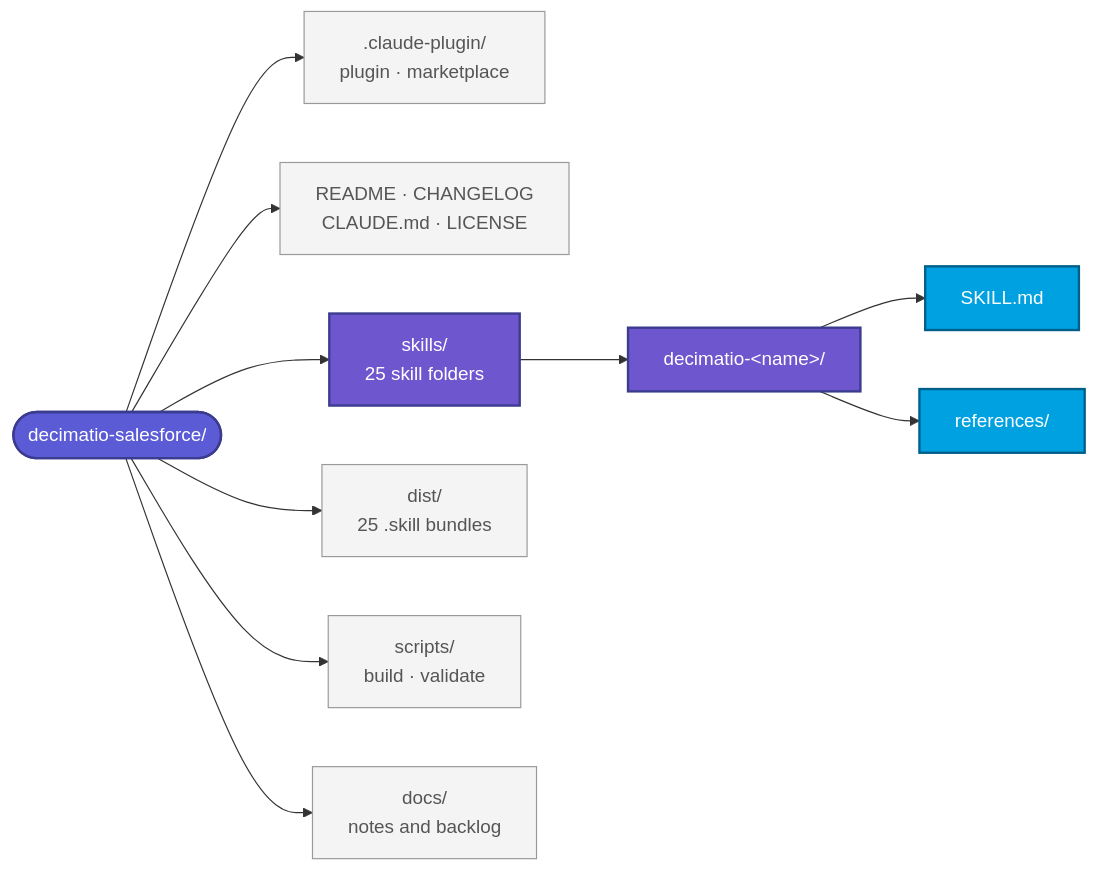
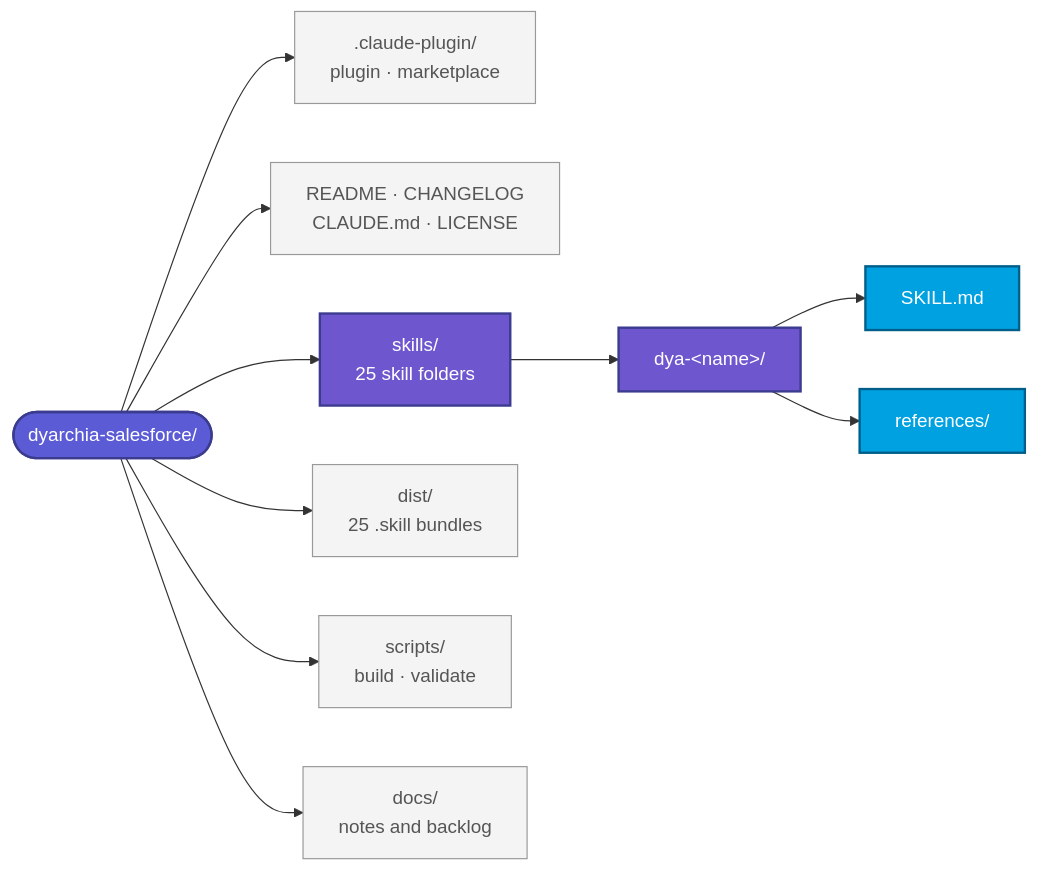
The first of 3 diagrams in README.md (Dyarchia/dyarchia-salesforce), drawn with Mermaid before and after one commit. The commit also changed other lines of this file and 197 other files, not shown here.

First line of the commit message:
chore(brand): rename Decimatio to Dyarchia

````diff
--- a/README.md
+++ b/README.md
@@ -94,24 +94,24 @@
 ```mermaid
 graph LR
-    Root([decimatio-salesforce/])
+    Root([dyarchia-salesforce/])
     Root --> Plugin[".claude-plugin/<br/>plugin · marketplace"]
     Root --> Meta["README · CHANGELOG<br/>CLAUDE.md · LICENSE"]
     Root --> SK["skills/<br/>25 skill folders"]
     Root --> Dist["dist/<br/>25 .skill bundles"]
     Root --> Scripts["scripts/<br/>build · validate"]
     Root --> Docs["docs/<br/>notes and backlog"]
 
-    SK --> Skill["decimatio-&lt;name&gt;/"]
+    SK --> Skill["dya-&lt;name&gt;/"]
     Skill --> SM["SKILL.md"]
     Skill --> Refs["references/"]
 
     classDef root fill:#5B5BD6,stroke:#3B3B8F,color:#fff,stroke-width:2px
     classDef domainFolder fill:#6E56CF,stroke:#3B3B8F,color:#fff,stroke-width:2px
     classDef skillFolder fill:#00A1E0,stroke:#005F8A,color:#fff,stroke-width:2px
     classDef meta fill:#F4F4F4,stroke:#999,color:#555
 
     class Root root
     class SK,Skill domainFolder
     class SM,Refs skillFolder
     class Plugin,Meta,Dist,Scripts,Docs meta
 ```
````
